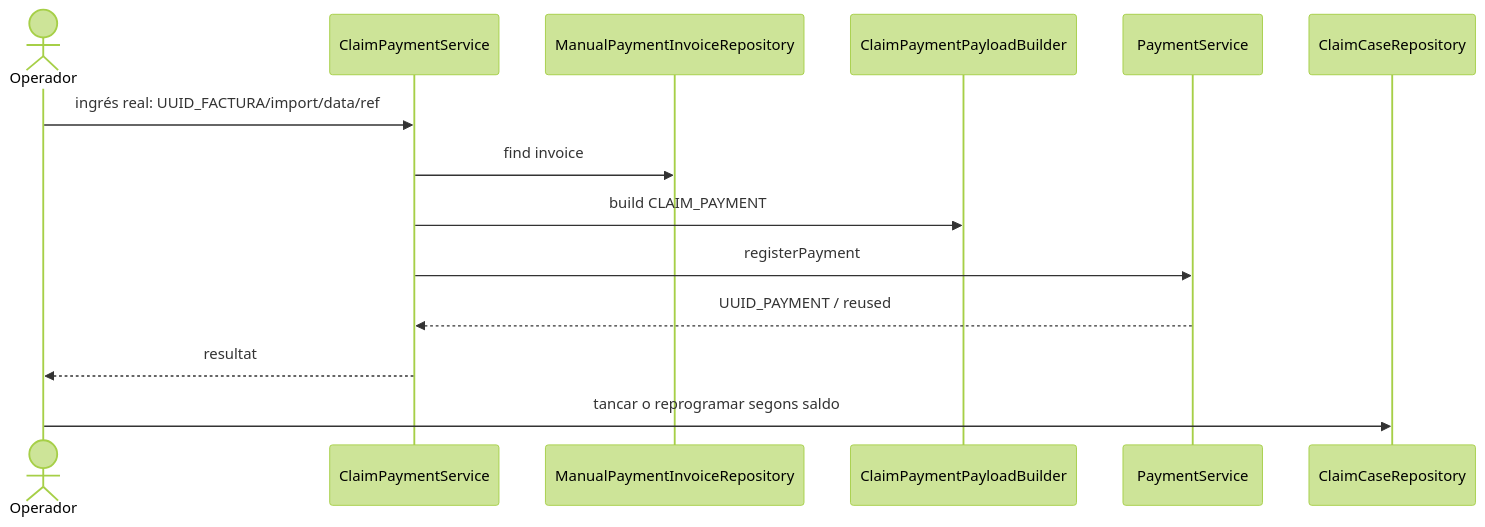
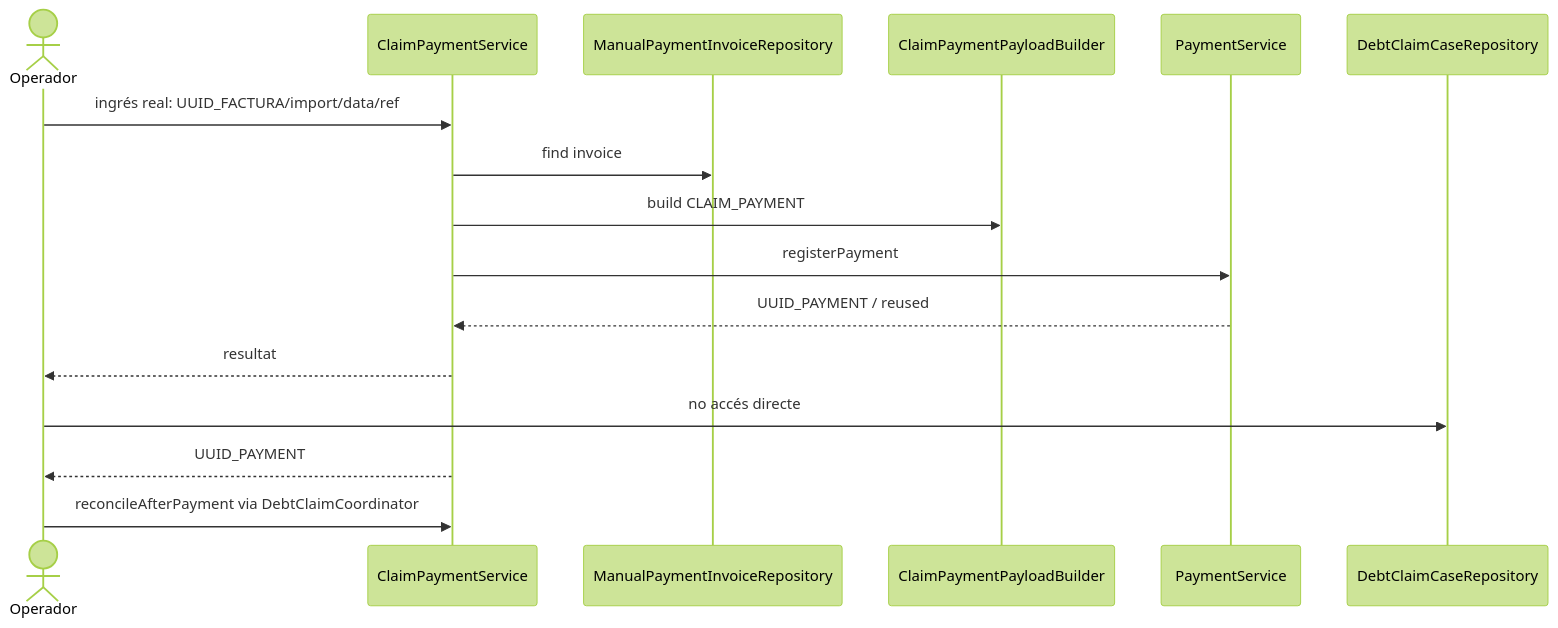
One commit to orgmeriemprismacat-del/verifactu changed the seventh of 7 diagrams in documentacio/07-uml-integrat/uc-012-sequencies-activitats-actual-final.md. Above: the diagram before and after it, drawn with Mermaid (forest theme). The commit also changed other lines of this file, not shown here.

````diff
--- a/documentacio/07-uml-integrat/uc-012-sequencies-activitats-actual-final.md
+++ b/documentacio/07-uml-integrat/uc-012-sequencies-activitats-actual-final.md
@@ -114,16 +114,18 @@
 ```mermaid
 sequenceDiagram
 actor O as Operador
 participant C as ClaimPaymentService
 participant R as ManualPaymentInvoiceRepository
 participant B as ClaimPaymentPayloadBuilder
 participant P as PaymentService
-participant CR as ClaimCaseRepository
+participant CR as DebtClaimCaseRepository
 O->>C: ingrés real: UUID_FACTURA/import/data/ref
 C->>R: find invoice
 C->>B: build CLAIM_PAYMENT
 C->>P: registerPayment
 P-->>C: UUID_PAYMENT / reused
 C-->>O: resultat
-O->>CR: tancar o reprogramar segons saldo
+O->>CR: no accés directe
+C-->>O: UUID_PAYMENT
+O->>C: reconcileAfterPayment via DebtClaimCoordinator
 ```
````
